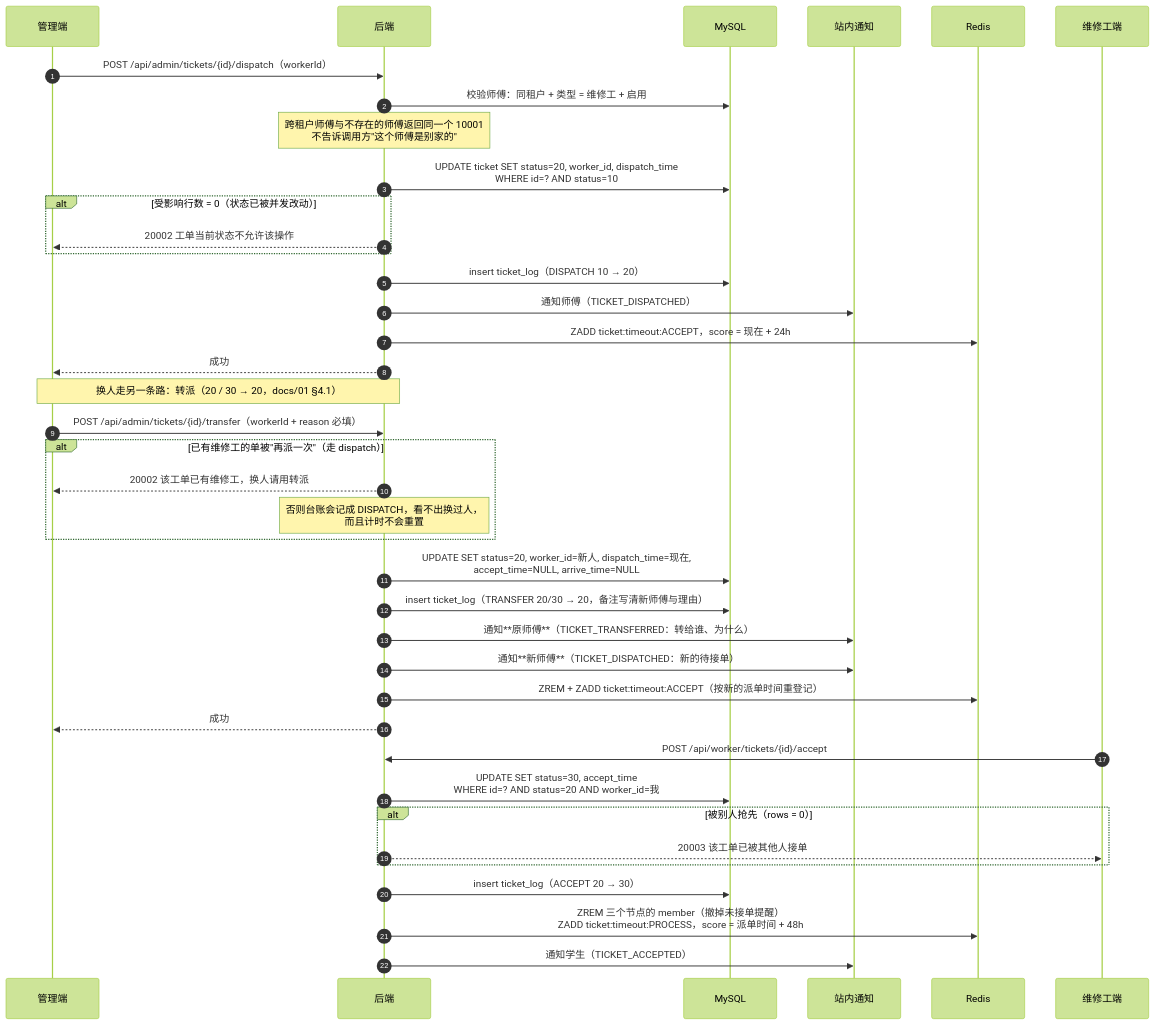
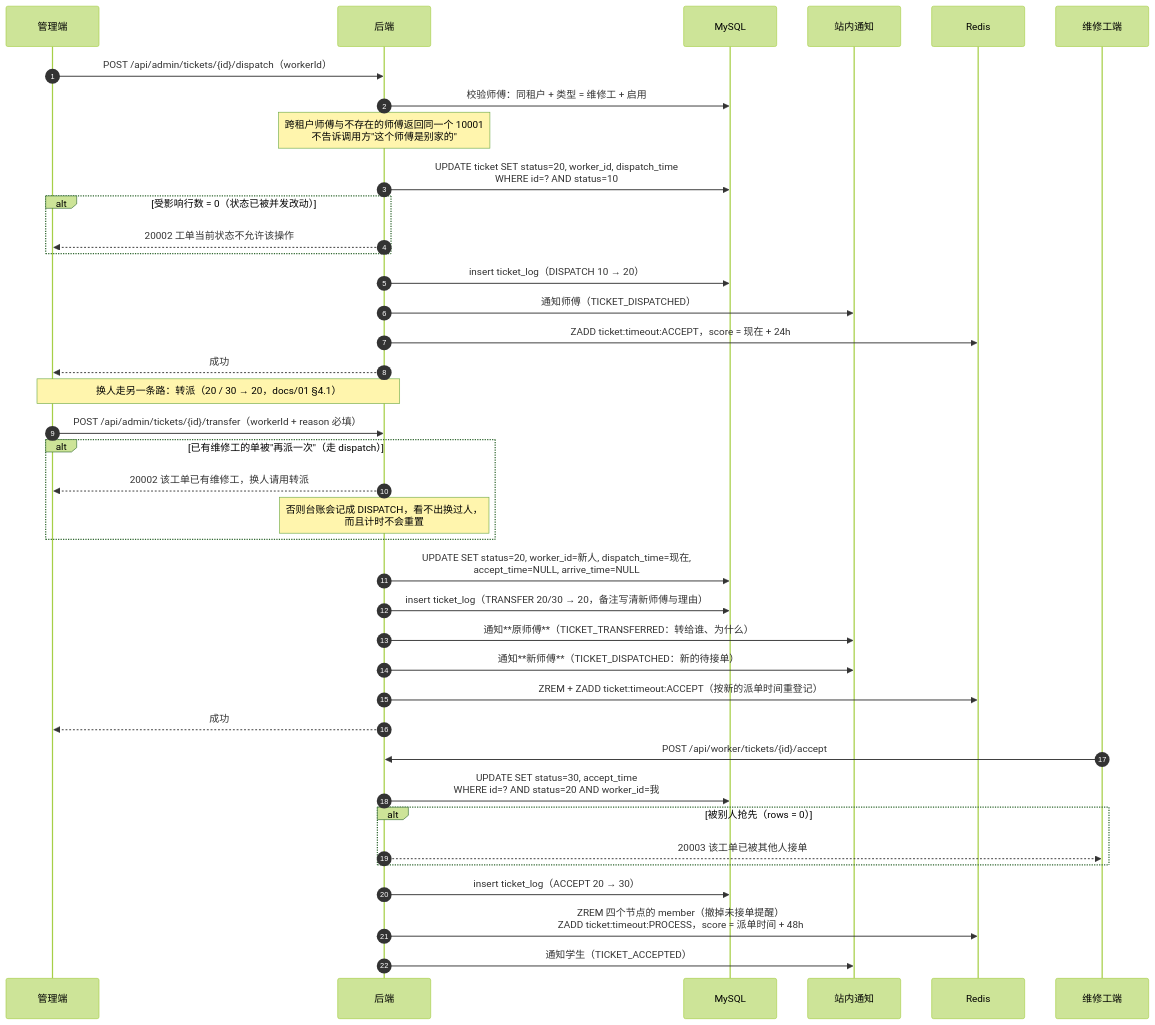
The seventh of 14 diagrams in docs/06-架构图.md (bluemalic/repair-platform), drawn with Mermaid (forest theme) before and after one commit. The commit also changed other lines of this file and 24 other files, not shown here.

````diff
--- a/docs/06-架构图.md
+++ b/docs/06-架构图.md
@@ -373,44 +373,44 @@
 ```mermaid
 sequenceDiagram
     autonumber
     participant AD as 管理端
     participant API as 后端
     participant DB as MySQL
     participant N as 站内通知
     participant R as Redis
     participant W as 维修工端
 
     AD->>API: POST /api/admin/tickets/{id}/dispatch（workerId）
     API->>DB: 校验师傅：同租户 + 类型 = 维修工 + 启用
     Note over API: 跨租户师傅与不存在的师傅返回同一个 10001<br/>不告诉调用方"这个师傅是别家的"
     API->>DB: UPDATE ticket SET status=20, worker_id, dispatch_time<br/>WHERE id=? AND status=10
     alt 受影响行数 = 0（状态已被并发改动）
         API-->>AD: 20002 工单当前状态不允许该操作
     end
     API->>DB: insert ticket_log（DISPATCH 10 → 20）
     API->>N: 通知师傅（TICKET_DISPATCHED）
     API->>R: ZADD ticket:timeout:ACCEPT，score = 现在 + 24h
     API-->>AD: 成功
 
     Note over AD,API: 换人走另一条路：转派（20 / 30 → 20，docs/01 §4.1）
     AD->>API: POST /api/admin/tickets/{id}/transfer（workerId + reason 必填）
     alt 已有维修工的单被"再派一次"（走 dispatch）
         API-->>AD: 20002 该工单已有维修工，换人请用转派
         Note over API: 否则台账会记成 DISPATCH，看不出换过人，<br/>而且计时不会重置
     end
     API->>DB: UPDATE SET status=20, worker_id=新人, dispatch_time=现在,<br/>accept_time=NULL, arrive_time=NULL
     API->>DB: insert ticket_log（TRANSFER 20/30 → 20，备注写清新师傅与理由）
     API->>N: 通知**原师傅**（TICKET_TRANSFERRED：转给谁、为什么）
     API->>N: 通知**新师傅**（TICKET_DISPATCHED：新的待接单）
     API->>R: ZREM + ZADD ticket:timeout:ACCEPT（按新的派单时间重登记）
     API-->>AD: 成功
 
     W->>API: POST /api/worker/tickets/{id}/accept
     API->>DB: UPDATE SET status=30, accept_time<br/>WHERE id=? AND status=20 AND worker_id=我
     alt 被别人抢先（rows = 0）
         API-->>W: 20003 该工单已被其他人接单
     end
     API->>DB: insert ticket_log（ACCEPT 20 → 30）
-    API->>R: ZREM 三个节点的 member（撤掉未接单提醒）<br/>ZADD ticket:timeout:PROCESS，score = 派单时间 + 48h
+    API->>R: ZREM 四个节点的 member（撤掉未接单提醒）<br/>ZADD ticket:timeout:PROCESS，score = 派单时间 + 48h
     API->>N: 通知学生（TICKET_ACCEPTED）
 ```
````
